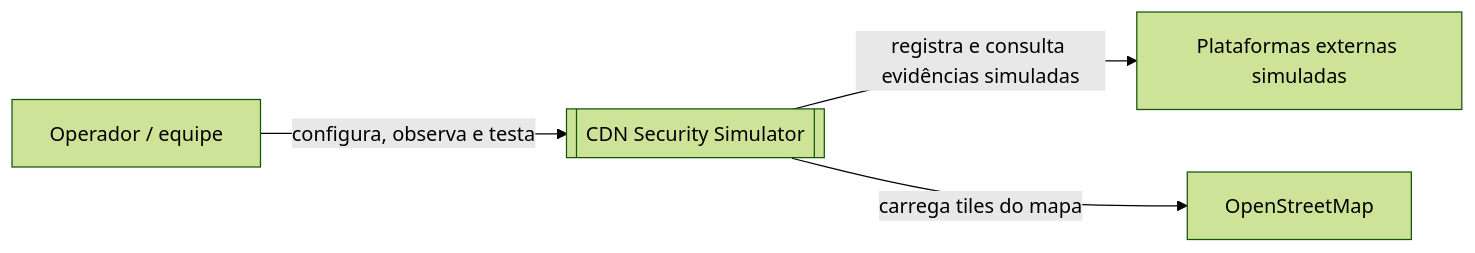
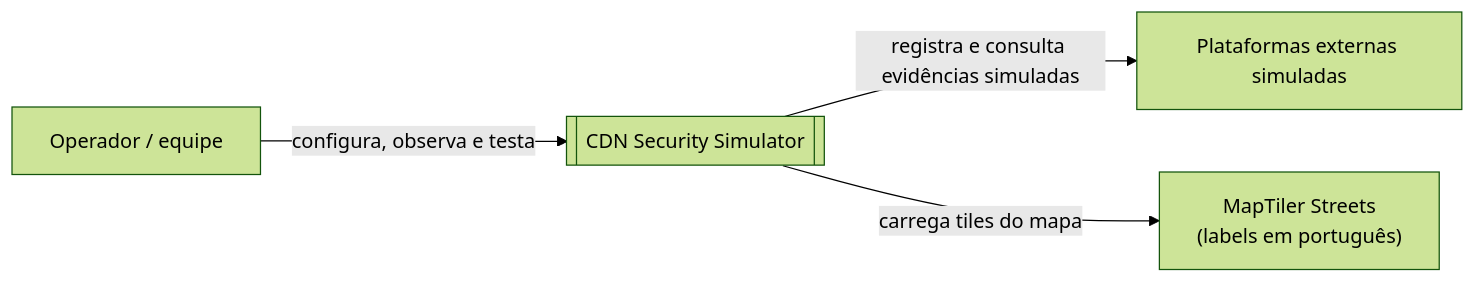
Before and after one commit to LuisReis09/CDN-Sentinel: the first of 2 diagrams in docs/architecture.md, drawn with Mermaid (forest theme). The commit also changed other lines of this file and 48 other files, not shown here.

````diff
--- a/docs/architecture.md
+++ b/docs/architecture.md
@@ -11,10 +11,10 @@
 ```mermaid
 flowchart LR
     operator["Operador / equipe"]
     system[["CDN Security Simulator"]]
     platforms["Plataformas externas simuladas"]
-    osm["OpenStreetMap"]
+    maptiler["MapTiler Streets\n(labels em português)"]
     operator -->|configura, observa e testa| system
     system -->|registra e consulta evidências simuladas| platforms
-    system -->|carrega tiles do mapa| osm
+    system -->|carrega tiles do mapa| maptiler
 ```
````
